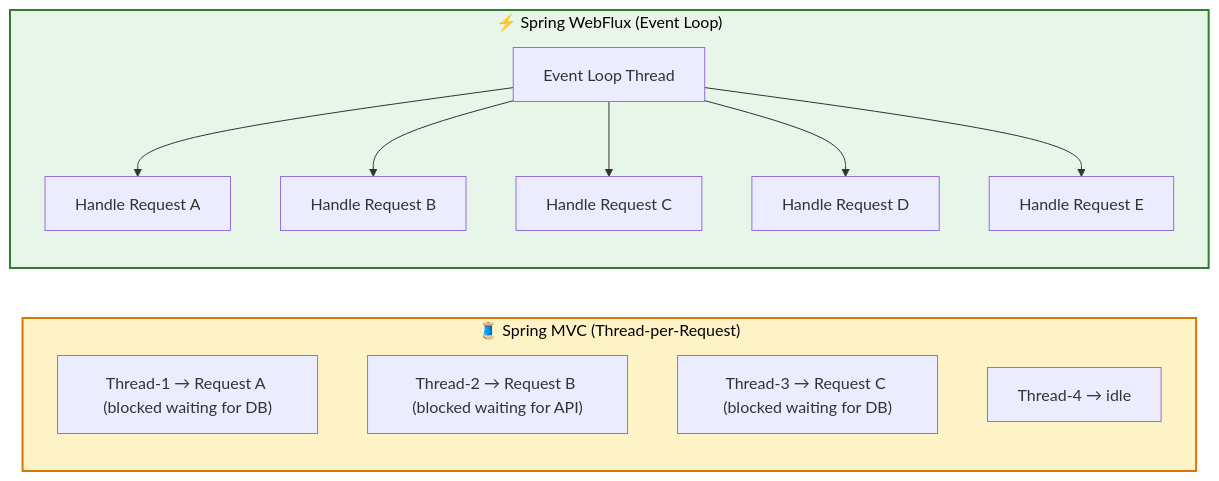
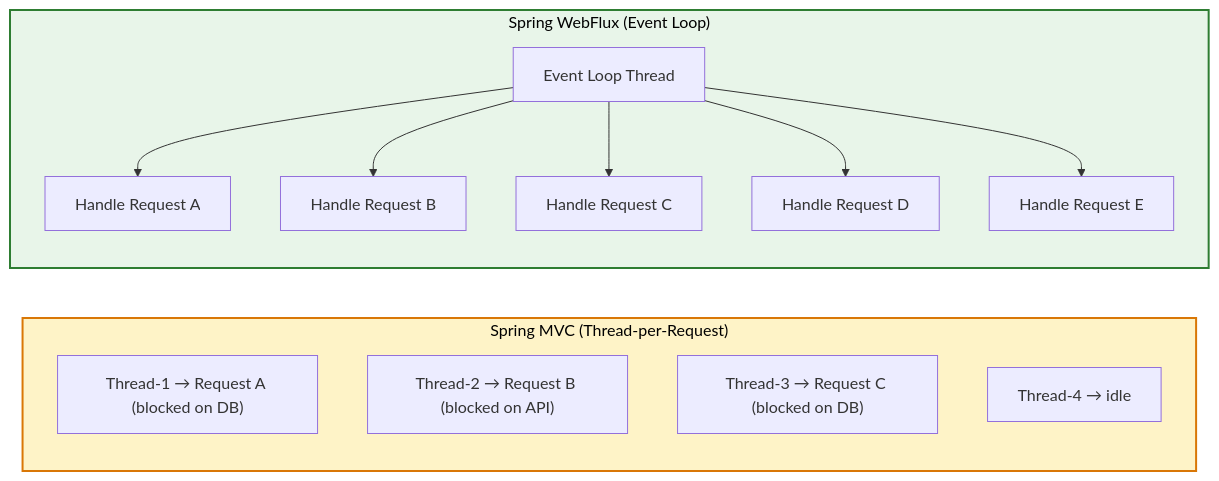
The first of 5 diagrams in docs/springboot/webflux.md (saivamsikaruturi/vamsilabs-dev-notes-main), drawn with Mermaid before and after one commit. The commit also changed other lines of this file and 146 other files, not shown here.

Commit message:
Horizontal diagrams, UML class diagrams, typography overhaul, and permalink cleanup

````diff
--- a/docs/springboot/webflux.md
+++ b/docs/springboot/webflux.md
@@ -10,20 +61,20 @@
 ```mermaid
 flowchart LR
-    subgraph MVC["🧵 Spring MVC (Thread-per-Request)"]
-        T1["Thread-1 → Request A (blocked waiting for DB)"]
-        T2["Thread-2 → Request B (blocked waiting for API)"]
-        T3["Thread-3 → Request C (blocked waiting for DB)"]
+    subgraph MVC["Spring MVC (Thread-per-Request)"]
+        T1["Thread-1 → Request A (blocked on DB)"]
+        T2["Thread-2 → Request B (blocked on API)"]
+        T3["Thread-3 → Request C (blocked on DB)"]
         T4["Thread-4 → idle"]
     end
 
-    subgraph WF["⚡ Spring WebFlux (Event Loop)"]
+    subgraph WF["Spring WebFlux (Event Loop)"]
         EL["Event Loop Thread"] --> E1["Handle Request A"]
         EL --> E2["Handle Request B"]
         EL --> E3["Handle Request C"]
         EL --> E4["Handle Request D"]
         EL --> E5["Handle Request E"]
     end
 
     style MVC fill:#FEF3C7,stroke:#D97706,stroke-width:2px,color:#000
     style WF fill:#E8F5E9,stroke:#2E7D32,stroke-width:2px,color:#000
 ```
````
